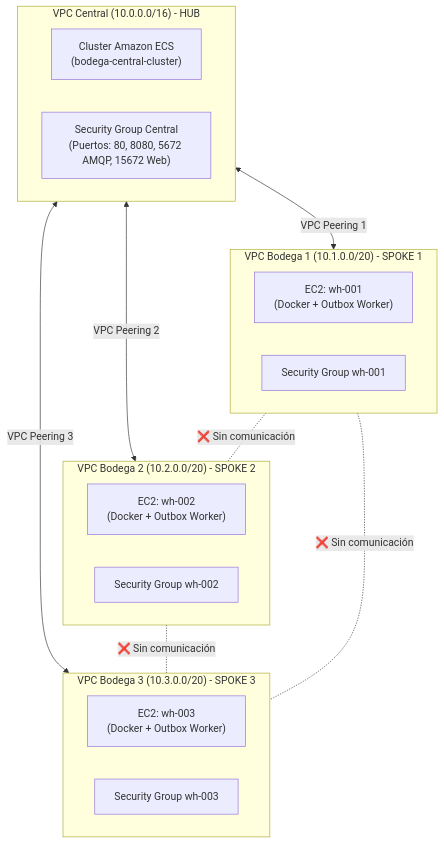
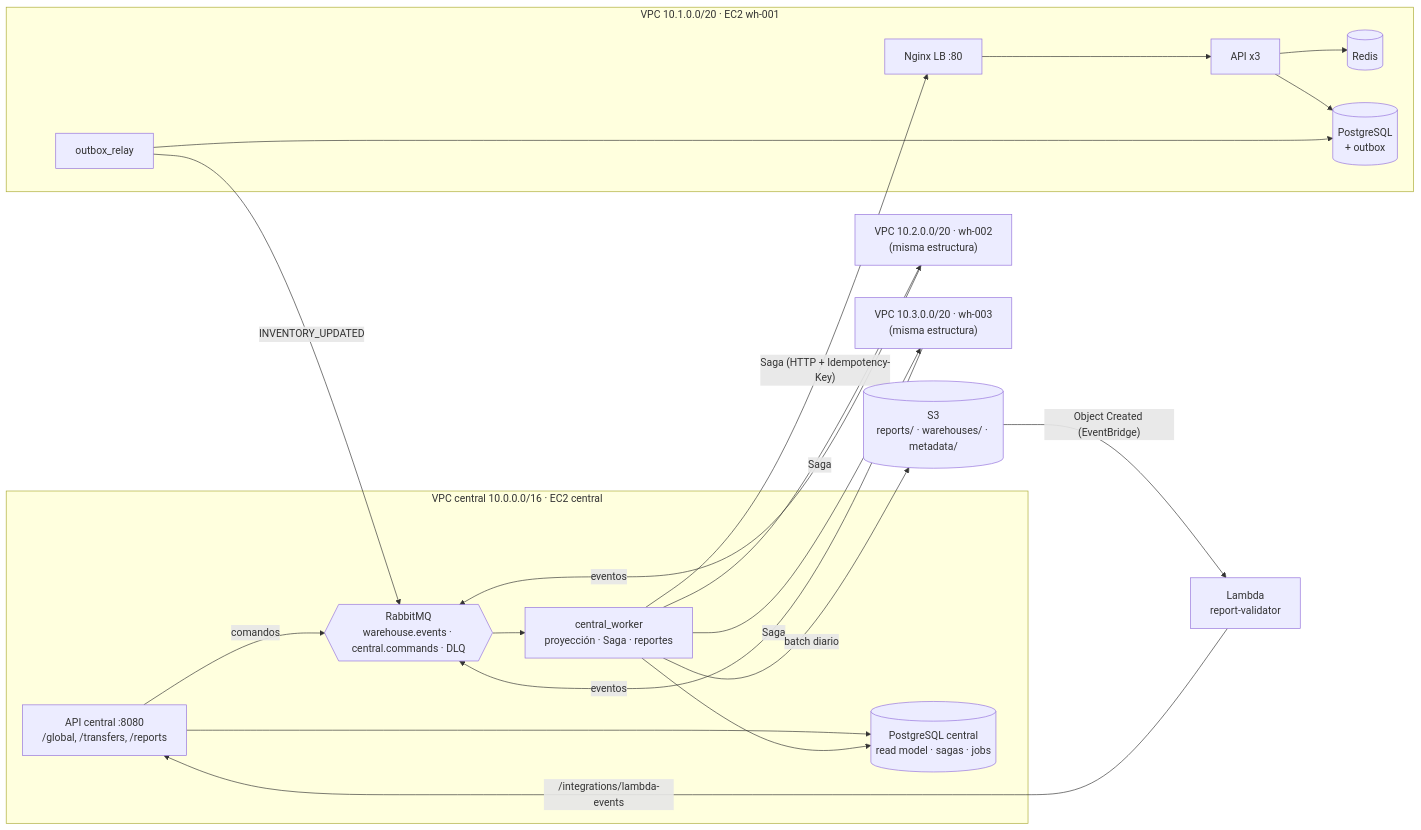
The diagram in README.md (benjamin94773/WareHouse), drawn with Mermaid before and after one commit. The commit also changed other lines of this file and 4 other files, not shown here.

````diff
--- a/README.md
+++ b/README.md
@@ -46,32 +7,32 @@
 ```mermaid
-flowchart TD
-    subgraph Central["VPC Central (10.0.0.0/16) - HUB"]
-        ECS["Cluster Amazon ECS\n(bodega-central-cluster)"]
-        SGCentral["Security Group Central\n(Puertos: 80, 8080, 5672 AMQP, 15672 Web)"]
+flowchart LR
+    subgraph Central["VPC central 10.0.0.0/16 · EC2 central"]
+        CAPI["API central :8080<br/>/global, /transfers, /reports"]
+        CW["central_worker<br/>proyección · Saga · reportes"]
+        MQ{{"RabbitMQ<br/>warehouse.events · central.commands · DLQ"}}
+        CDB[("PostgreSQL central<br/>read model · sagas · jobs")]
+        CAPI --> CDB
+        CW --> CDB
+        CAPI -- comandos --> MQ
+        MQ --> CW
     end
 
-    subgraph WH1["VPC Bodega 1 (10.1.0.0/20) - SPOKE 1"]
-        EC2_1["EC2: wh-001\n(Docker + Outbox Worker)"]
-        SG_1["Security Group wh-001"]
+    subgraph WH1["VPC 10.1.0.0/20 · EC2 wh-001"]
+        LB1["Nginx LB :80"] --> A1["API x3"]
+        A1 --> R1[("Redis")]
+        A1 --> P1[("PostgreSQL<br/>+ outbox")]
+        O1["outbox_relay"] --> P1
     end
+    WH2["VPC 10.2.0.0/20 · wh-002<br/>(misma estructura)"]
+    WH3["VPC 10.3.0.0/20 · wh-003<br/>(misma estructura)"]
 
-    subgraph WH2["VPC Bodega 2 (10.2.0.0/20) - SPOKE 2"]
-        EC2_2["EC2: wh-002\n(Docker + Outbox Worker)"]
-        SG_2["Security Group wh-002"]
-    end
-
-    subgraph WH3["VPC Bodega 3 (10.3.0.0/20) - SPOKE 3"]
-        EC2_3["EC2: wh-003\n(Docker + Outbox Worker)"]
-        SG_3["Security Group wh-003"]
-    end
-
-    %% Conexiones Peering autorizadas
-    Central <-->|"VPC Peering 1"| WH1
-    Central <-->|"VPC Peering 2"| WH2
-    Central <-->|"VPC Peering 3"| WH3
-
-    %% Aislamiento
-    WH1 -. "❌ Sin comunicación" .- WH2
-    WH2 -. "❌ Sin comunicación" .- WH3
-    WH1 -. "❌ Sin comunicación" .- WH3
+    O1 -- "INVENTORY_UPDATED" --> MQ
+    WH2 -- eventos --> MQ
+    WH3 -- eventos --> MQ
+    CW -- "Saga (HTTP + Idempotency-Key)" --> LB1
+    CW -- Saga --> WH2
+    CW -- Saga --> WH3
+    CW -- "batch diario" --> S3[("S3<br/>reports/ · warehouses/ · metadata/")]
+    S3 -- "Object Created (EventBridge)" --> L["Lambda<br/>report-validator"]
+    L -- "/integrations/lambda-events" --> CAPI
 ```
````
